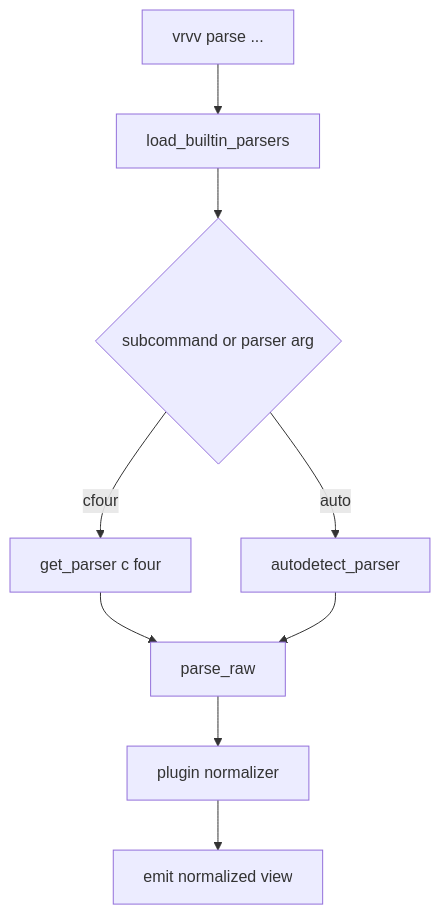
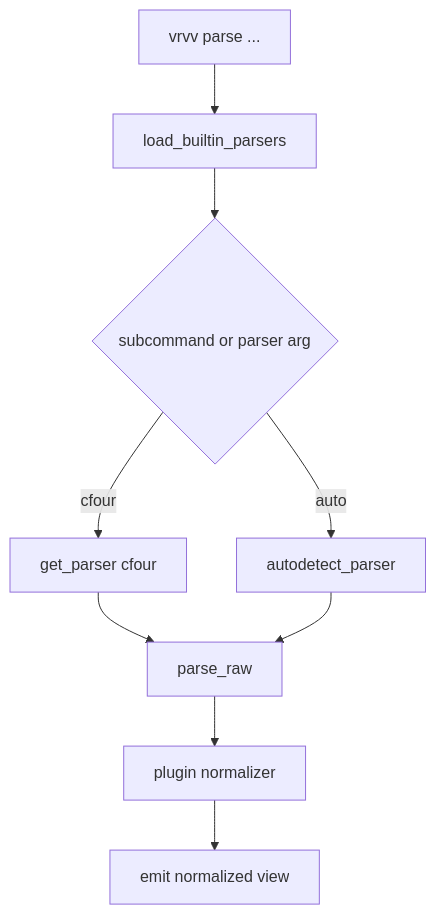
Before and after one commit to andrewwillowen/vrvv: the second of 2 diagrams in docs/dev/parser-plugin-architecture.md, drawn with Mermaid. The commit also changed other lines of this file and 1 other file, not shown here.

Commit message:
Tweak parser dev docs

````diff
--- a/docs/dev/parser-plugin-architecture.md
+++ b/docs/dev/parser-plugin-architecture.md
@@ -62,11 +62,11 @@
 ```mermaid
 flowchart TD
     A[vrvv parse ...] --> B[load_builtin_parsers]
     B --> C{subcommand or parser arg}
-    C -->|cfour| D[get_parser c four]
+    C -->|cfour| D[get_parser cfour]
     C -->|auto| E[autodetect_parser]
     D --> F[parse_raw]
     E --> F
     F --> G[plugin normalizer]
     G --> H[emit normalized view]
 ```
````
